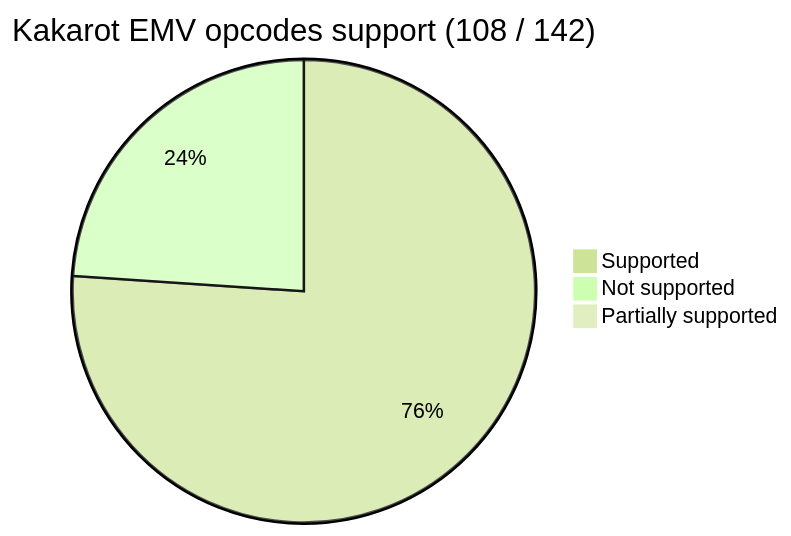
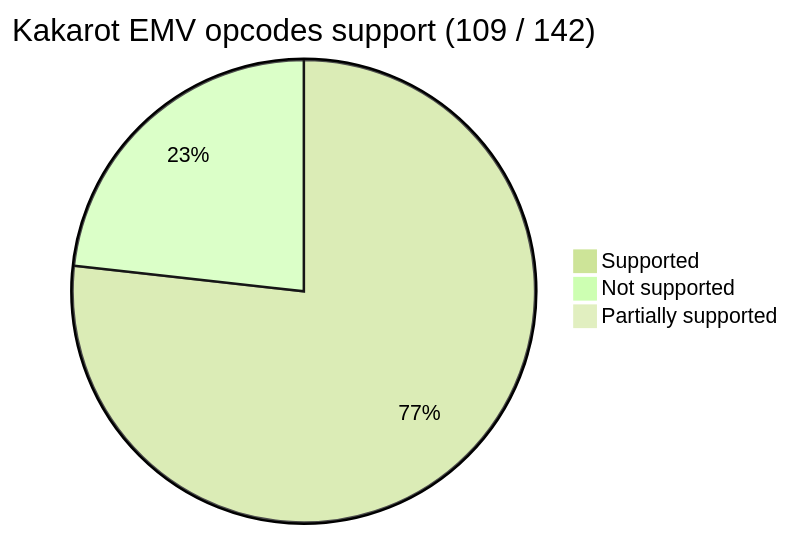
One commit to kkrt-labs/kakarot changed the first of 2 diagrams in README.md. Above: the diagram before and after it, drawn with Mermaid. The commit also changed 5 other files, not shown here.

````diff
--- a/README.md
+++ b/README.md
@@ -36,9 +36,9 @@
 ```mermaid
 %%{init: {'theme': 'forest', 'themeVariables': { 'darkMode': 'false'}}}%%
 
-pie title Kakarot EMV opcodes support (108 / 142)
-    "Supported" : 108
-    "Not supported" : 34
+pie title Kakarot EMV opcodes support (109 / 142)
+    "Supported" : 109
+    "Not supported" : 33
 
     "Partially supported" : 0
 ```
````
